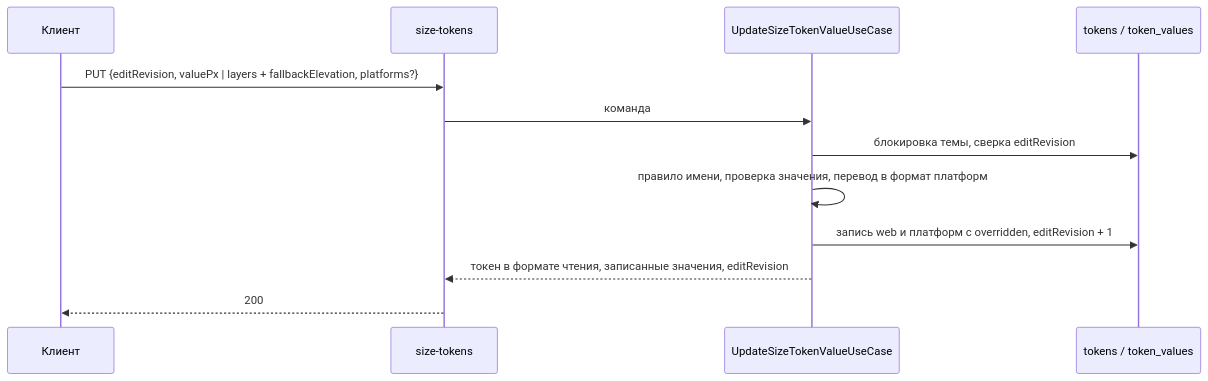
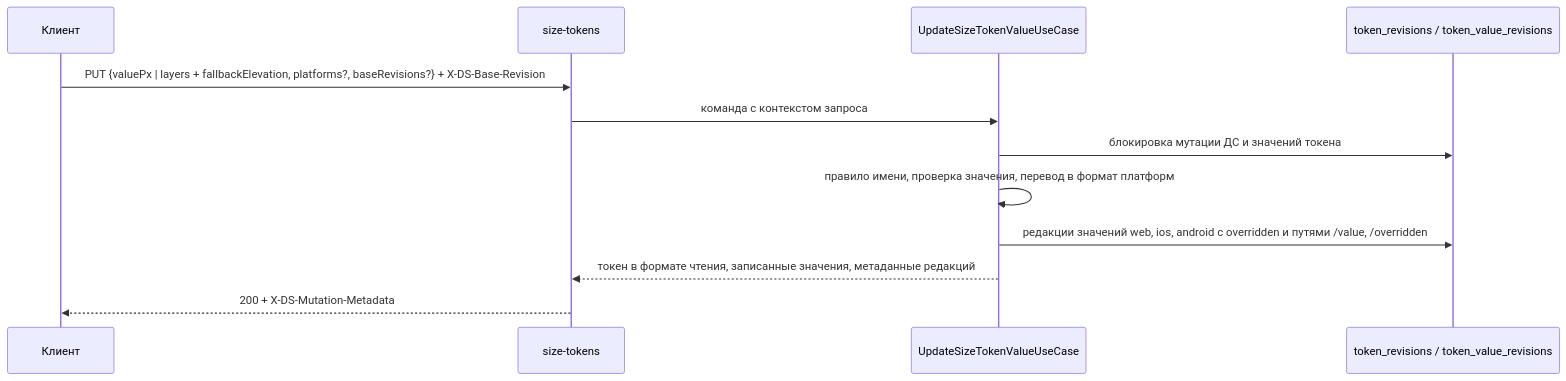
Before and after one commit to salute-developers/design-system-builder: the diagram in openspec/changes/add-sizes-tokens-editor/design.md, drawn with Mermaid. The commit also changed other lines of this file and 4 other files, not shown here.

````diff
--- a/openspec/changes/add-sizes-tokens-editor/design.md
+++ b/openspec/changes/add-sizes-tokens-editor/design.md
@@ -183,14 +208,14 @@
 ```mermaid
 sequenceDiagram
   participant C as Клиент
   participant R as size-tokens
   participant U as UpdateSizeTokenValueUseCase
-  participant DB as tokens / token_values
-  C->>R: PUT {editRevision, valuePx | layers + fallbackElevation, platforms?}
-  R->>U: команда
-  U->>DB: блокировка темы, сверка editRevision
+  participant DB as token_revisions / token_value_revisions
+  C->>R: PUT {valuePx | layers + fallbackElevation, platforms?, baseRevisions?} + X-DS-Base-Revision
+  R->>U: команда с контекстом запроса
+  U->>DB: блокировка мутации ДС и значений токена
   U->>U: правило имени, проверка значения, перевод в формат платформ
-  U->>DB: запись web и платформ с overridden, editRevision + 1
-  U-->>R: токен в формате чтения, записанные значения, editRevision
-  R-->>C: 200
+  U->>DB: редакции значений web, ios, android с overridden и путями /value, /overridden
+  U-->>R: токен в формате чтения, записанные значения, метаданные редакций
+  R-->>C: 200 + X-DS-Mutation-Metadata
 ```
````
